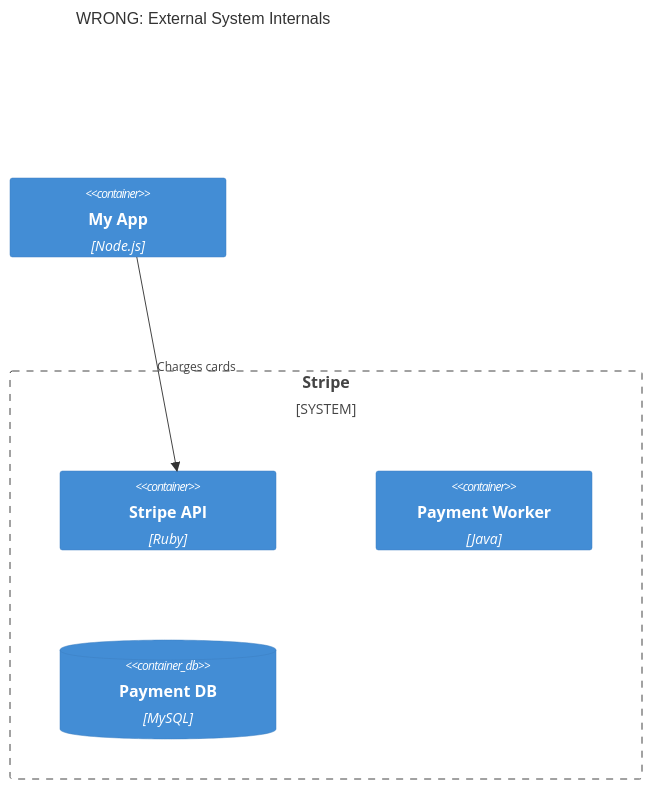
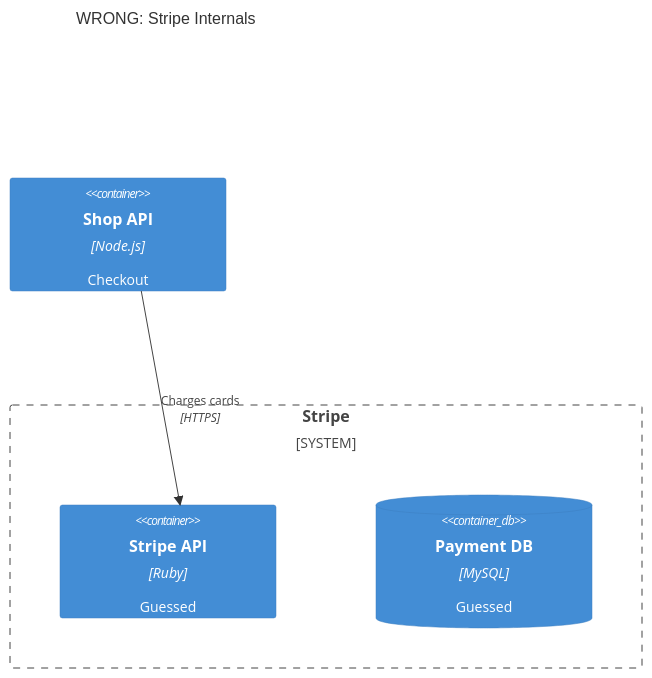
Before and after one commit to castocolina/agent-toolkit: the eighth of 10 diagrams in dist/plugins/c4-architecture/skills/c4-architecture/references/common-mistakes.md, drawn with Mermaid. The commit also changed other lines of this file and 1013 other files, not shown here.

````diff
--- a/dist/plugins/c4-architecture/skills/c4-architecture/references/common-mistakes.md
+++ b/dist/plugins/c4-architecture/skills/c4-architecture/references/common-mistakes.md
@@ -176,14 +107,10 @@
 ```mermaid
 C4Container
-  title WRONG: External System Internals
-
-  Container(myApp, "My App", "Node.js")
-
+  title WRONG: Stripe Internals
+  Container(shopApi, "Shop API", "Node.js", "Checkout")
   System_Boundary(stripe, "Stripe") {
-    Container(stripeApi, "Stripe API", "Ruby")
-    Container(stripeWorker, "Payment Worker", "Java")
-    ContainerDb(stripeDb, "Payment DB", "MySQL")
+    Container(stripeApi, "Stripe API", "Ruby", "Guessed")
+    ContainerDb(stripeDb, "Payment DB", "MySQL", "Guessed")
   }
-
-  Rel(myApp, stripeApi, "Charges cards")
+  Rel(shopApi, stripeApi, "Charges cards", "HTTPS")
 ```
````
